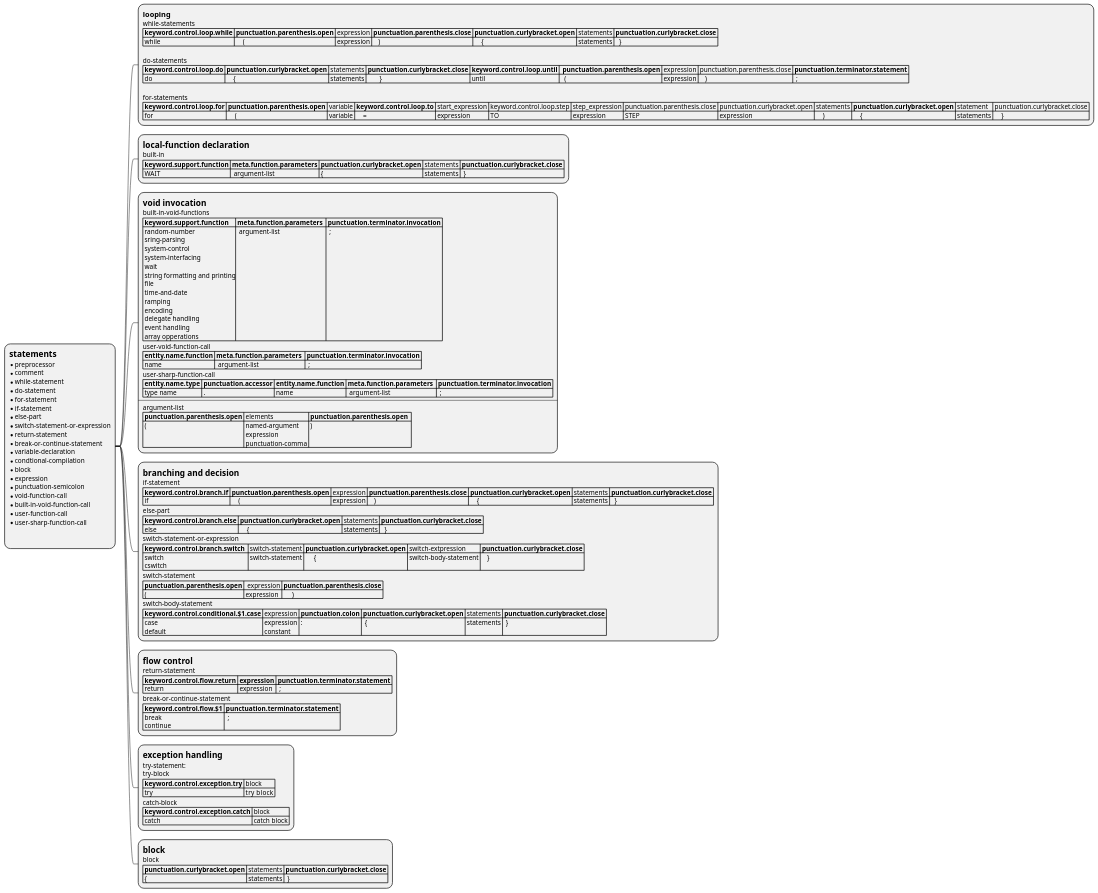
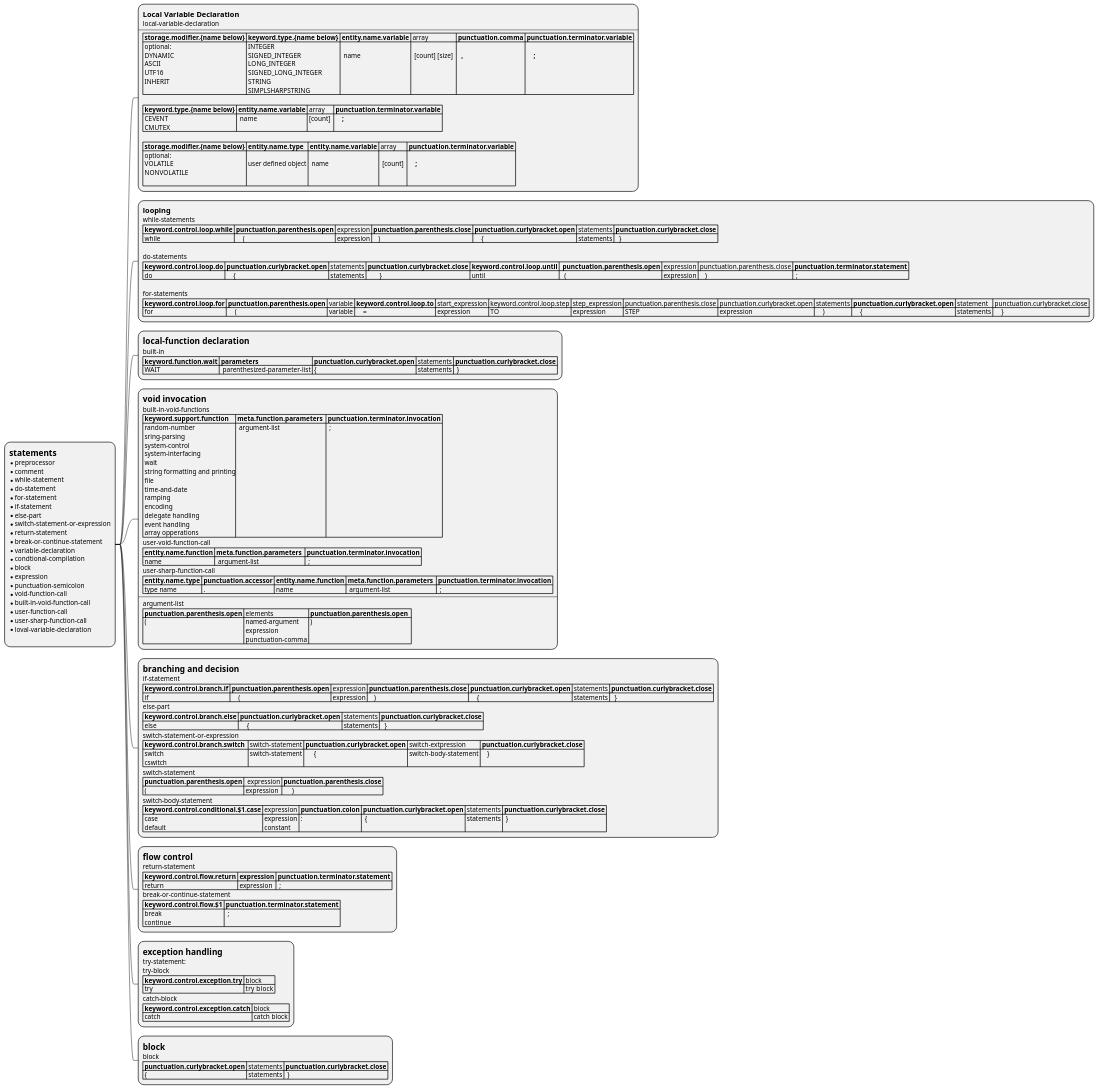
One commit to alvaroyurrita/vscode-crestron-splus changed the diagram in UML/simpl-plus-syntax-mindmap/statements.puml. Above: the diagram before and after it, drawn with PlantUML. The commit also changed 12 other files, not shown here.

```diff
--- a/UML/simpl-plus-syntax-mindmap/statements.puml
+++ b/UML/simpl-plus-syntax-mindmap/statements.puml
@@ -1,97 +1,110 @@
 @startmindmap
 *:= statements
 * preprocessor
 * comment
 * while-statement
 * do-statement
 * for-statement
 * if-statement
 * else-part
 * switch-statement-or-expression
 * return-statement
 * break-or-continue-statement
 * variable-declaration
 * condtional-compilation
 * block
 * expression
 * punctuation-semicolon
 * void-function-call
 * built-in-void-function-call
 * user-function-call
 * user-sharp-function-call
+* loval-variable-declaration
+;
 
-;
+**:== Local Variable Declaration
+local-variable-declaration
+----
+|= storage.modifier.{name below} |= keyword.type.{name below} |= entity.name.variable | array |= punctuation.comma |= punctuation.terminator.variable |
+| optional:\n DYNAMIC \n ASCII\n UTF16\n INHERIT | INTEGER\n SIGNED_INTEGER\n LONG_INTEGER\n SIGNED_LONG_INTEGER\n STRING\n SIMPLSHARPSTRING|  \n  name | \n  [count] [size]  |= \n   ,|=  \n     ; |
+
+|= keyword.type.{name below} |= entity.name.variable | array |= punctuation.terminator.variable |
+| CEVENT\n CMUTEX |  name  | [count]  |=     ; |
+
+|= storage.modifier.{name below} |= entity.name.type |= entity.name.variable | array |= punctuation.terminator.variable |
+| optional:\n VOLATILE\n NONVOLATILE\n | \n user defined object |  \n  name | \n  [count]  |=  \n     ; |;
+
 
 **:== looping
 while-statements
 |= keyword.control.loop.while |= punctuation.parenthesis.open | expression |= punctuation.parenthesis.close |= punctuation.curlybracket.open | statements |= punctuation.curlybracket.close |
 | while |     ( | expression |    )  |     { | statements |   } |
 
 do-statements
 |= keyword.control.loop.do |= punctuation.curlybracket.open | statements |= punctuation.curlybracket.close |= keyword.control.loop.until |=  punctuation.parenthesis.open | expression | punctuation.parenthesis.close |= punctuation.terminator.statement |
 | do |     { | statements |        } | until |   ( | expression |    )  |  ; |
 
 for-statements
 |= keyword.control.loop.for |= punctuation.parenthesis.open | variable |= keyword.control.loop.to | start_expression | keyword.control.loop.step | step_expression | punctuation.parenthesis.close | punctuation.curlybracket.open | statements |= punctuation.curlybracket.open | statement | punctuation.curlybracket.close |
 | for |     ( | variable |     = | expression | TO | expression | STEP | expression |     ) |     { | statements |     } |;
 
 **:= local-function declaration
 built-in
-|= keyword.support.function |= meta.function.parameters |= punctuation.curlybracket.open | statements |= punctuation.curlybracket.close |
-| WAIT |  argument-list | {  | statements |  }  |;
+|= keyword.function.wait |= parameters |= punctuation.curlybracket.open | statements |= punctuation.curlybracket.close |
+| WAIT |  parenthesized-parameter-list | {  | statements |  }  |;
 
 **:= void invocation
 built-in-void-functions
 |= keyword.support.function |= meta.function.parameters  |= punctuation.terminator.invocation |
 | random-number\n sring-parsing\n system-control\n system-interfacing\n wait\n string formatting and printing\n file\n time-and-date\n ramping\n encoding\n delegate handling\n event handling\n array opperations |  argument-list |  ;  |
 user-void-function-call
 |= entity.name.function |= meta.function.parameters  |= punctuation.terminator.invocation |
 | name |  argument-list |  ;  |
 user-sharp-function-call
 |= entity.name.type |= punctuation.accessor |= entity.name.function |= meta.function.parameters  |= punctuation.terminator.invocation |
 | type name | . | name |  argument-list |  ;  |
 ----
 argument-list
 |= punctuation.parenthesis.open | elements |= punctuation.parenthesis.open  |
 | (  | named-argument \n expression \n punctuation-comma | )  |;
 
 **:= branching and decision
 if-statement
 |= keyword.control.branch.if |= punctuation.parenthesis.open | expression |= punctuation.parenthesis.close |= punctuation.curlybracket.open | statements |= punctuation.curlybracket.close |
 | if |     ( | expression |    )  |     { | statements |   } |
 else-part
 |= keyword.control.branch.else |= punctuation.curlybracket.open | statements |= punctuation.curlybracket.close |
 | else |     { | statements |   } |
 switch-statement-or-expression
 |= keyword.control.branch.switch  | switch-statement |= punctuation.curlybracket.open | switch-extpression  |= punctuation.curlybracket.close |
 | switch \n cswitch | switch-statement |      { | switch-body-statement |    } |
 switch-statement
 |= punctuation.parenthesis.open |  expression |= punctuation.parenthesis.close |
 | ( | expression |      ) |
 switch-body-statement
 |= keyword.control.conditional.$1.case | expression |= punctuation.colon |= punctuation.curlybracket.open | statements |= punctuation.curlybracket.close |
 | case \n default | expression \n constant | : |  { | statements |  }  |  ; |;
 
 **:= flow control
 return-statement
 |= keyword.control.flow.return |= expression |= punctuation.terminator.statement |
 | return | expression |  ; |
 break-or-continue-statement
 |= keyword.control.flow.$1 |= punctuation.terminator.statement |
 | break \n continue |  ; |;
 
 **:= exception handling
 try-statement:
 try-block
 |= keyword.control.exception.try | block |
 | try | try  block |
 catch-block
 |= keyword.control.exception.catch | block |
 | catch | catch block |;
 **:=block
 block
 |= punctuation.curlybracket.open | statements |= punctuation.curlybracket.close |
 | { | statements |  } |;
 
 
 @endmindmap
```
